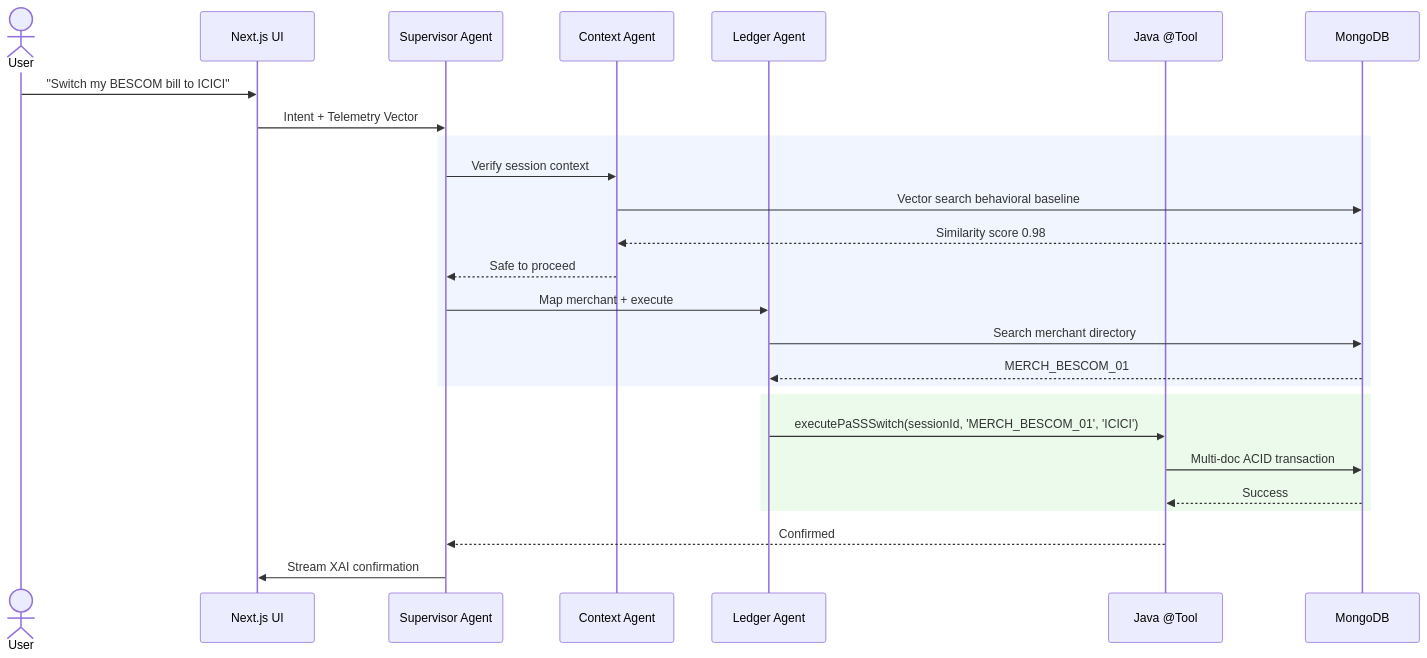
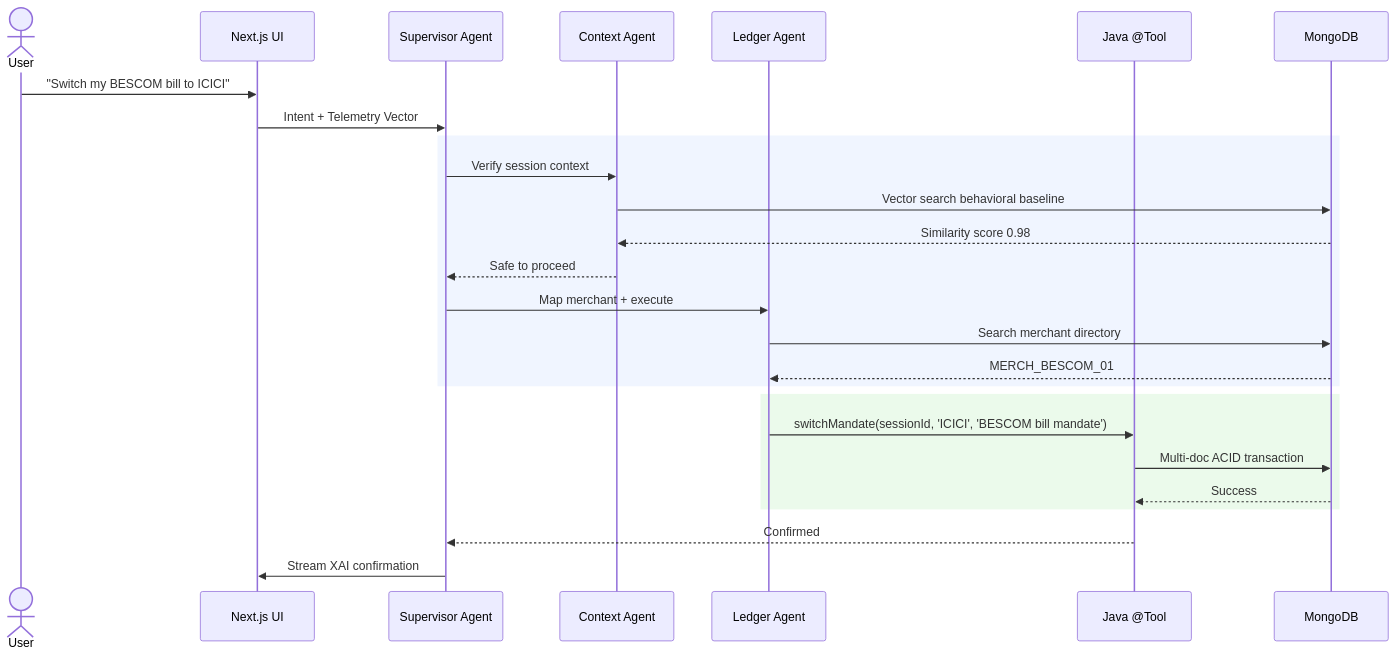
The second of 7 diagrams in ARCHITECTURE.md (AskMeiPaaS/ai-native-payments), drawn with Mermaid before and after one commit. The commit also changed other lines of this file and 6 other files, not shown here.

````diff
--- a/ARCHITECTURE.md
+++ b/ARCHITECTURE.md
@@ -282,33 +307,33 @@
 ```mermaid
 sequenceDiagram
     actor User
     participant UI as Next.js UI
     participant Supervisor as Supervisor Agent
     participant Context as Context Agent
     participant Ledger as Ledger Agent
     participant Tool as Java @Tool
     participant Memory as MongoDB
 
     User->>UI: "Switch my BESCOM bill to ICICI"
     UI->>Supervisor: Intent + Telemetry Vector
     
     rect rgb(240, 245, 255)
         Supervisor->>Context: Verify session context
         Context->>Memory: Vector search behavioral baseline
         Memory-->>Context: Similarity score 0.98
         Context-->>Supervisor: Safe to proceed
         
         Supervisor->>Ledger: Map merchant + execute
         Ledger->>Memory: Search merchant directory
         Memory-->>Ledger: MERCH_BESCOM_01
     end
     
     rect rgb(235, 250, 235)
-        Ledger->>Tool: executePaSSSwitch(sessionId, 'MERCH_BESCOM_01', 'ICICI')
+        Ledger->>Tool: switchMandate(sessionId, 'ICICI', 'BESCOM bill mandate')
         Tool->>Memory: Multi-doc ACID transaction
         Memory-->>Tool: Success
     end
     
     Tool-->>Supervisor: Confirmed
     Supervisor->>UI: Stream XAI confirmation
 ```
````
